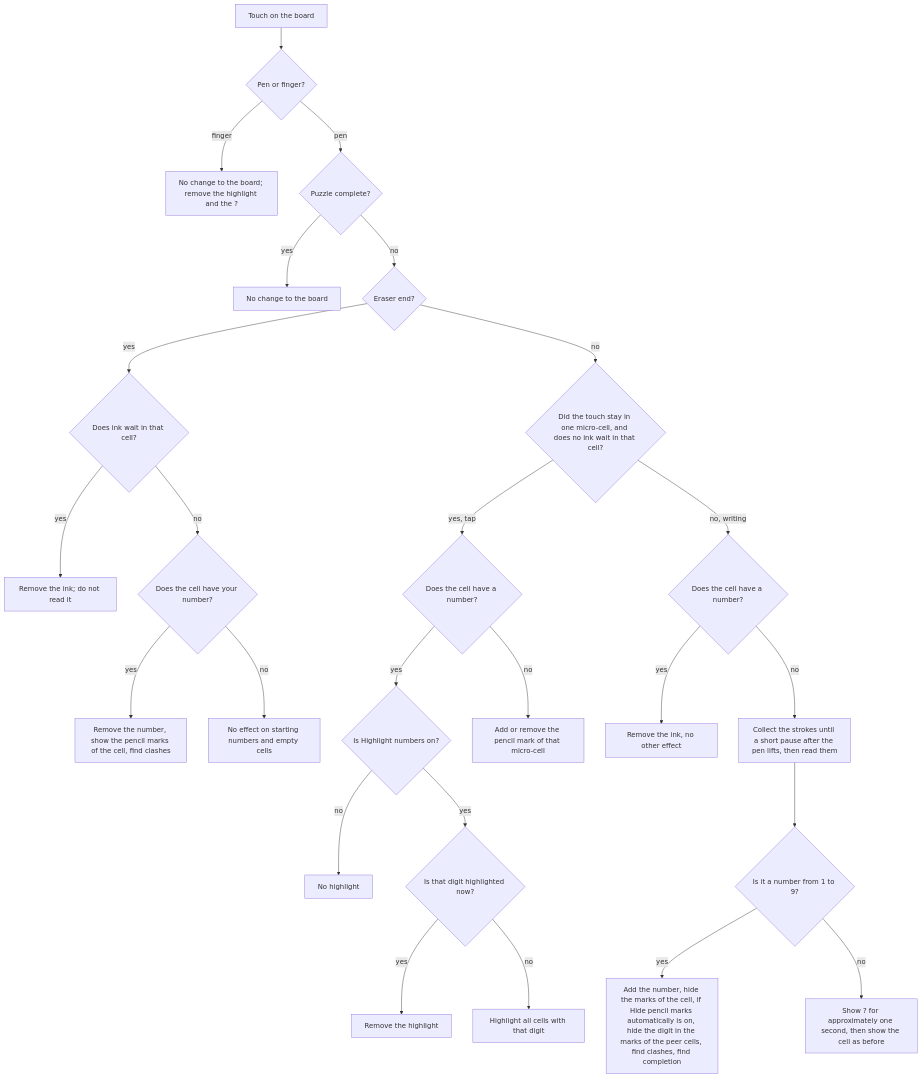
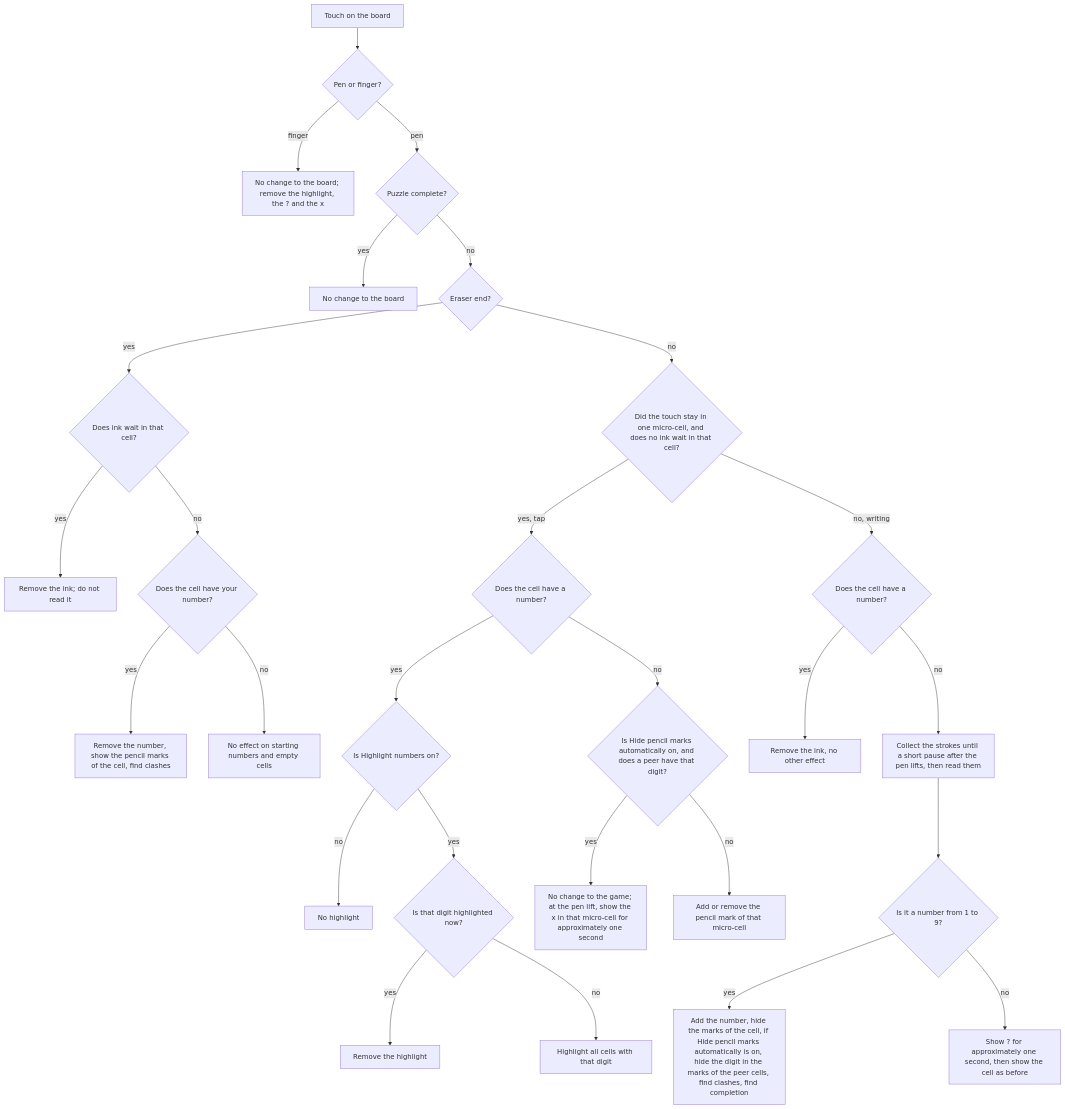
The fourth of 13 diagrams in REQUIREMENTS.md (garbles/sudoku), drawn with Mermaid before and after one commit. The commit also changed other lines of this file and 26 other files, not shown here.

Commit message:
Flash an x in the micro-cell for a refused pencil mark

````diff
--- a/REQUIREMENTS.md
+++ b/REQUIREMENTS.md
@@ -279,27 +326,29 @@
 ```mermaid
 flowchart TD
     A[Touch on the board] --> B{Pen or finger?}
-    B -- finger --> X[No change to the board; remove the highlight and the ?]
+    B -- finger --> X[No change to the board; remove the highlight, the ? and the x]
     B -- pen --> C{Puzzle complete?}
     C -- yes --> X2[No change to the board]
     C -- no --> D{Eraser end?}
     D -- yes --> EW{Does ink wait in that cell?}
     EW -- yes --> EI[Remove the ink; do not read it]
     EW -- no --> E{Does the cell have your number?}
     E -- yes --> E1[Remove the number, show the pencil marks of the cell, find clashes]
     E -- no --> X3[No effect on starting numbers and empty cells]
     D -- no --> F{Did the touch stay in one micro-cell, and does no ink wait in that cell?}
     F -- yes, tap --> G{Does the cell have a number?}
     G -- yes --> GS{Is Highlight numbers on?}
     GS -- no --> X5[No highlight]
     GS -- yes --> G0{Is that digit highlighted now?}
     G0 -- yes --> G3[Remove the highlight]
     G0 -- no --> G1[Highlight all cells with that digit]
-    G -- no --> G2[Add or remove the pencil mark of that micro-cell]
+    G -- no --> GR{Is Hide pencil marks automatically on, and does a peer have that digit?}
+    GR -- yes --> GX[No change to the game; at the pen lift, show the x in that micro-cell for approximately one second]
+    GR -- no --> G2[Add or remove the pencil mark of that micro-cell]
     F -- no, writing --> H{Does the cell have a number?}
     H -- yes --> X4[Remove the ink, no other effect]
     H -- no --> I[Collect the strokes until a short pause after the pen lifts, then read them]
     I --> J{Is it a number from 1 to 9?}
     J -- yes --> K[Add the number, hide the marks of the cell, if Hide pencil marks automatically is on, hide the digit in the marks of the peer cells, find clashes, find completion]
     J -- no --> L[Show ? for approximately one second, then show the cell as before]
 ```
````
